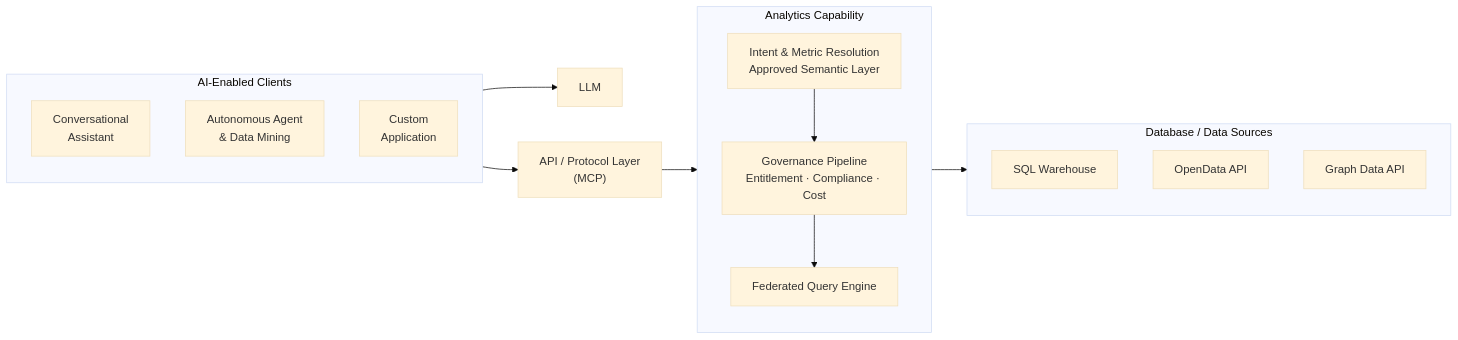
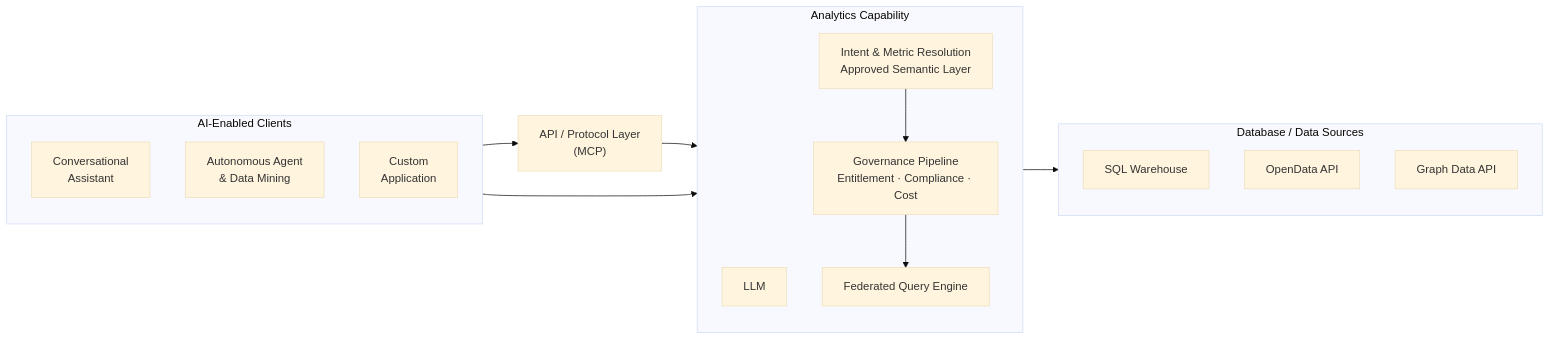
Before and after one commit to M-A-Operating-System/shared-work: the second of 2 diagrams in docs/product/analytics/00-overview.md, drawn with Mermaid (base theme).

Commit message:
Revise analytics overview diagram for platform clarity
Updated the diagram to include LLM in the platform section and adjusted client connections.

````diff
--- a/docs/product/analytics/00-overview.md
+++ b/docs/product/analytics/00-overview.md
@@ -139,29 +139,30 @@
 ```mermaid
 flowchart LR
     subgraph clients["AI-Enabled Clients"]
         direction TB
         C1["Conversational\nAssistant"]
         C2["Autonomous Agent\n& Data Mining"]
         C3["Custom\nApplication"]
     end
-    L["LLM"]
+
     M["API / Protocol Layer\n(MCP)"]
     subgraph platform["Analytics Capability"]
         direction TB
+        L["LLM"]
         P1["Intent & Metric Resolution\nApproved Semantic Layer"]
         P2["Governance Pipeline\nEntitlement · Compliance · Cost"]
         P3["Federated Query Engine"]
     end
     subgraph data["Database / Data Sources"]
         direction TB
         D1["SQL Warehouse"]
         D2["OpenData API"]
         D3["Graph Data API"]
     end
-    clients --> L
+    clients --> platform
     clients --> M
     M --> P1
     P1 --> P2
     P2 --> P3
-    P3 --> data
+    platform --> data
 ```
````
